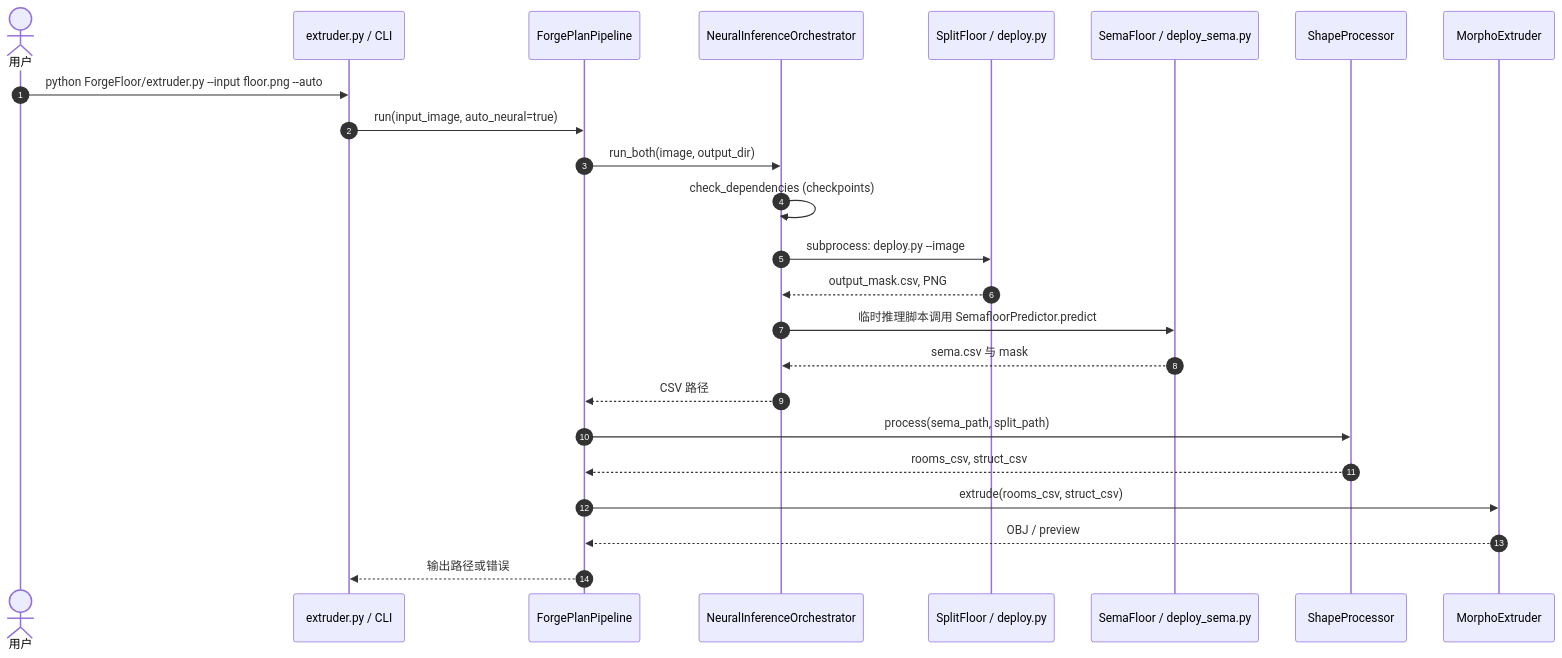
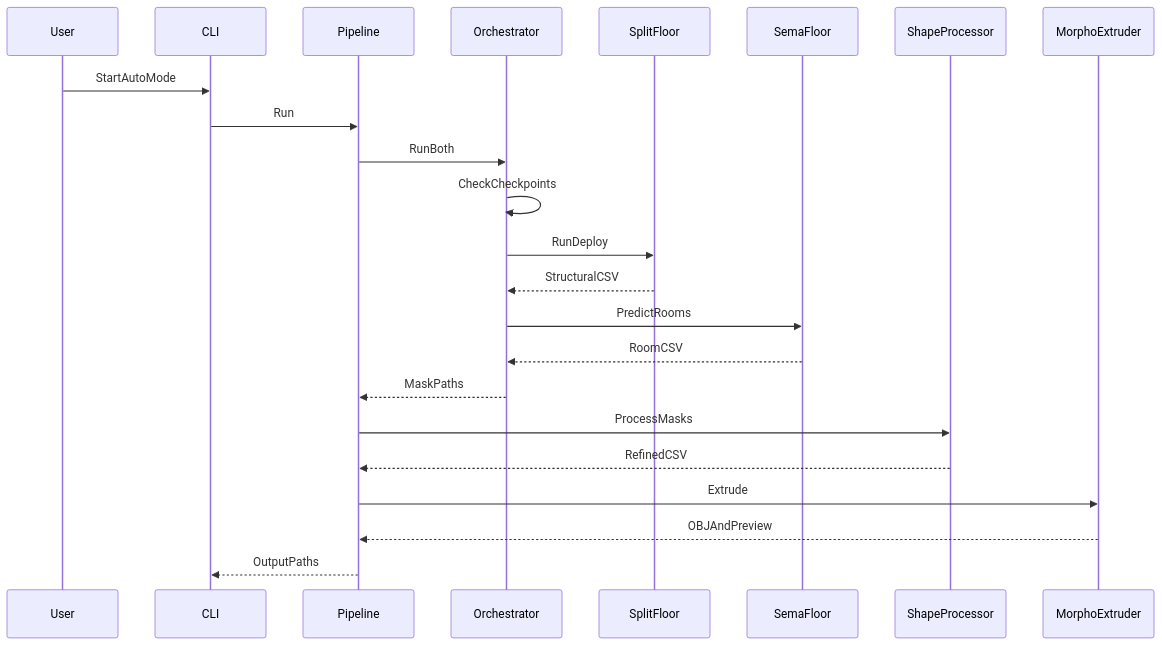
One commit to ImChong/Robotics_Notebooks changed the second of 2 diagrams in wiki/entities/blueprint3d-ashnomad.md. Above: the diagram before and after it, drawn with Mermaid. The commit also changed other lines of this file and 2 other files, not shown here.

Commit message:
fix(wiki): 收敛三项 ingest 的 Mermaid 图为兼容解析器的基础语法

````diff
--- a/wiki/entities/blueprint3d-ashnomad.md
+++ b/wiki/entities/blueprint3d-ashnomad.md
@@ -65,26 +66,25 @@
 ```mermaid
 sequenceDiagram
-  autonumber
-  actor User as 用户
-  participant CLI as extruder.py / CLI
-  participant P as ForgePlanPipeline
-  participant N as NeuralInferenceOrchestrator
-  participant S as SplitFloor / deploy.py
-  participant R as SemaFloor / deploy_sema.py
-  participant SH as ShapeProcessor
-  participant M as MorphoExtruder
-  User->>CLI: python ForgeFloor/extruder.py --input floor.png --auto
-  CLI->>P: run(input_image, auto_neural=true)
-  P->>N: run_both(image, output_dir)
-  N->>N: check_dependencies (checkpoints)
-  N->>S: subprocess: deploy.py --image
-  S-->>N: output_mask.csv, PNG
-  N->>R: 临时推理脚本调用 SemafloorPredictor.predict
-  R-->>N: sema.csv 与 mask
-  N-->>P: CSV 路径
-  P->>SH: process(sema_path, split_path)
-  SH-->>P: rooms_csv, struct_csv
-  P->>M: extrude(rooms_csv, struct_csv)
-  M-->>P: OBJ / preview
-  P-->>CLI: 输出路径或错误
+  participant User
+  participant CLI
+  participant Pipeline
+  participant Orchestrator
+  participant SplitFloor
+  participant SemaFloor
+  participant ShapeProcessor
+  participant MorphoExtruder
+  User->>CLI: StartAutoMode
+  CLI->>Pipeline: Run
+  Pipeline->>Orchestrator: RunBoth
+  Orchestrator->>Orchestrator: CheckCheckpoints
+  Orchestrator->>SplitFloor: RunDeploy
+  SplitFloor-->>Orchestrator: StructuralCSV
+  Orchestrator->>SemaFloor: PredictRooms
+  SemaFloor-->>Orchestrator: RoomCSV
+  Orchestrator-->>Pipeline: MaskPaths
+  Pipeline->>ShapeProcessor: ProcessMasks
+  ShapeProcessor-->>Pipeline: RefinedCSV
+  Pipeline->>MorphoExtruder: Extrude
+  MorphoExtruder-->>Pipeline: OBJAndPreview
+  Pipeline-->>CLI: OutputPaths
 ```
````
